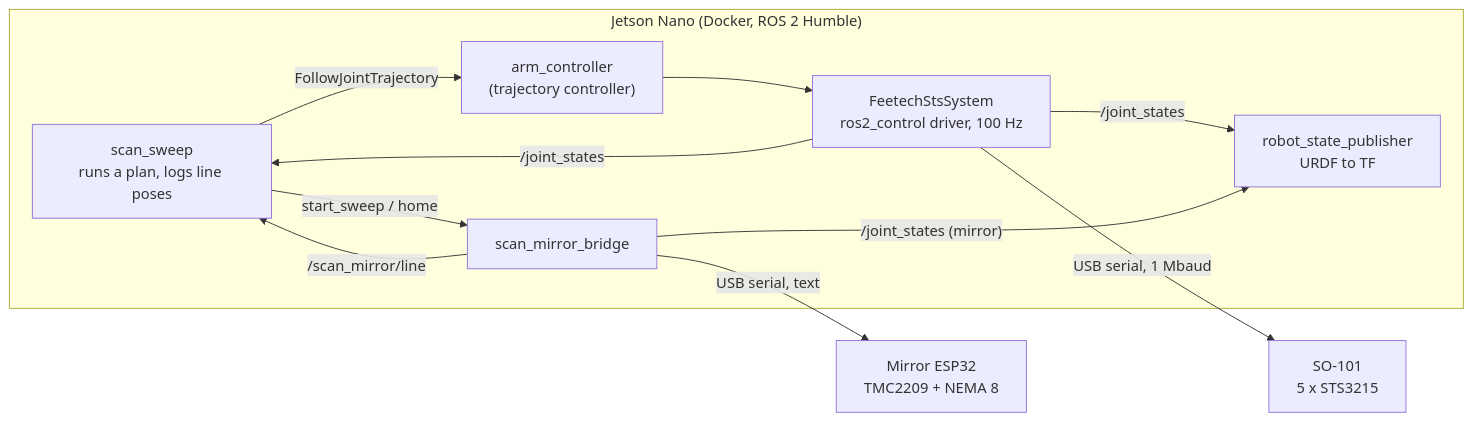
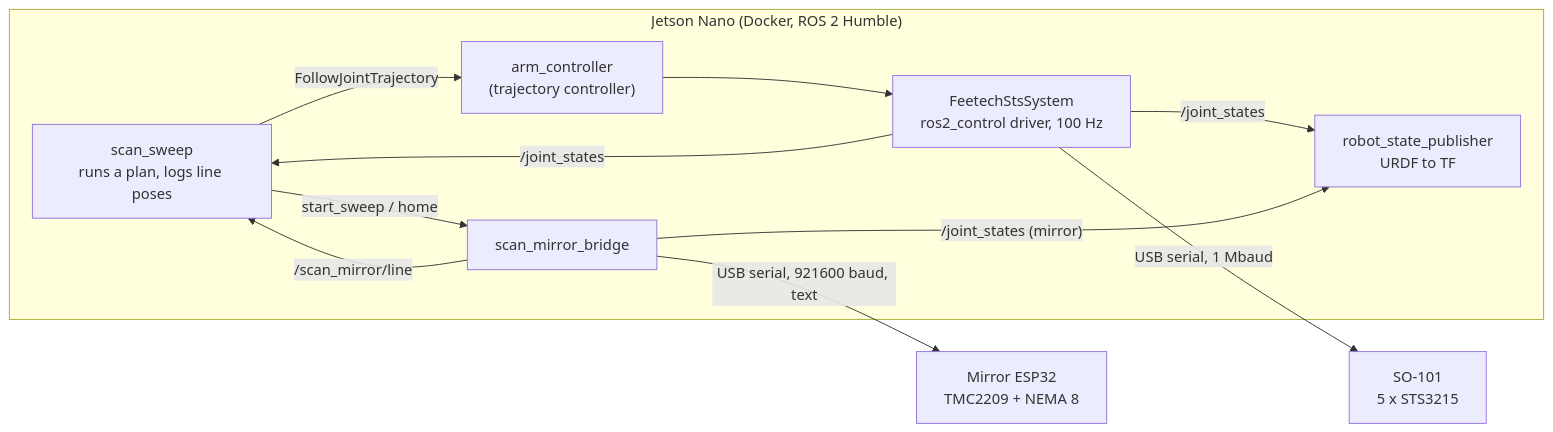
The diagram in ros2/README.md (CoraBeanz/linescan-hyperspectral-splatting), drawn with Mermaid before and after one commit. The commit also changed other lines of this file and 14 other files, not shown here.

````diff
--- a/ros2/README.md
+++ b/ros2/README.md
@@ -18,18 +18,18 @@
 ```mermaid
 flowchart LR
     subgraph Jetson["Jetson Nano (Docker, ROS 2 Humble)"]
         sweep["scan_sweep<br/>runs a plan, logs line poses"]
         jtc["arm_controller<br/>(trajectory controller)"]
         drv["FeetechStsSystem<br/>ros2_control driver, 100 Hz"]
         bridge["scan_mirror_bridge"]
         rsp["robot_state_publisher<br/>URDF to TF"]
     end
     servos["SO-101<br/>5 x STS3215"]
     esp["Mirror ESP32<br/>TMC2209 + NEMA 8"]
     sweep -- "FollowJointTrajectory" --> jtc --> drv -- "USB serial, 1 Mbaud" --> servos
-    sweep -- "start_sweep / home" --> bridge -- "USB serial, text" --> esp
+    sweep -- "start_sweep / home" --> bridge -- "USB serial, 921600 baud, text" --> esp
     bridge -- "/scan_mirror/line" --> sweep
     drv -- "/joint_states" --> sweep
     drv -- "/joint_states" --> rsp
     bridge -- "/joint_states (mirror)" --> rsp
 ```
````
